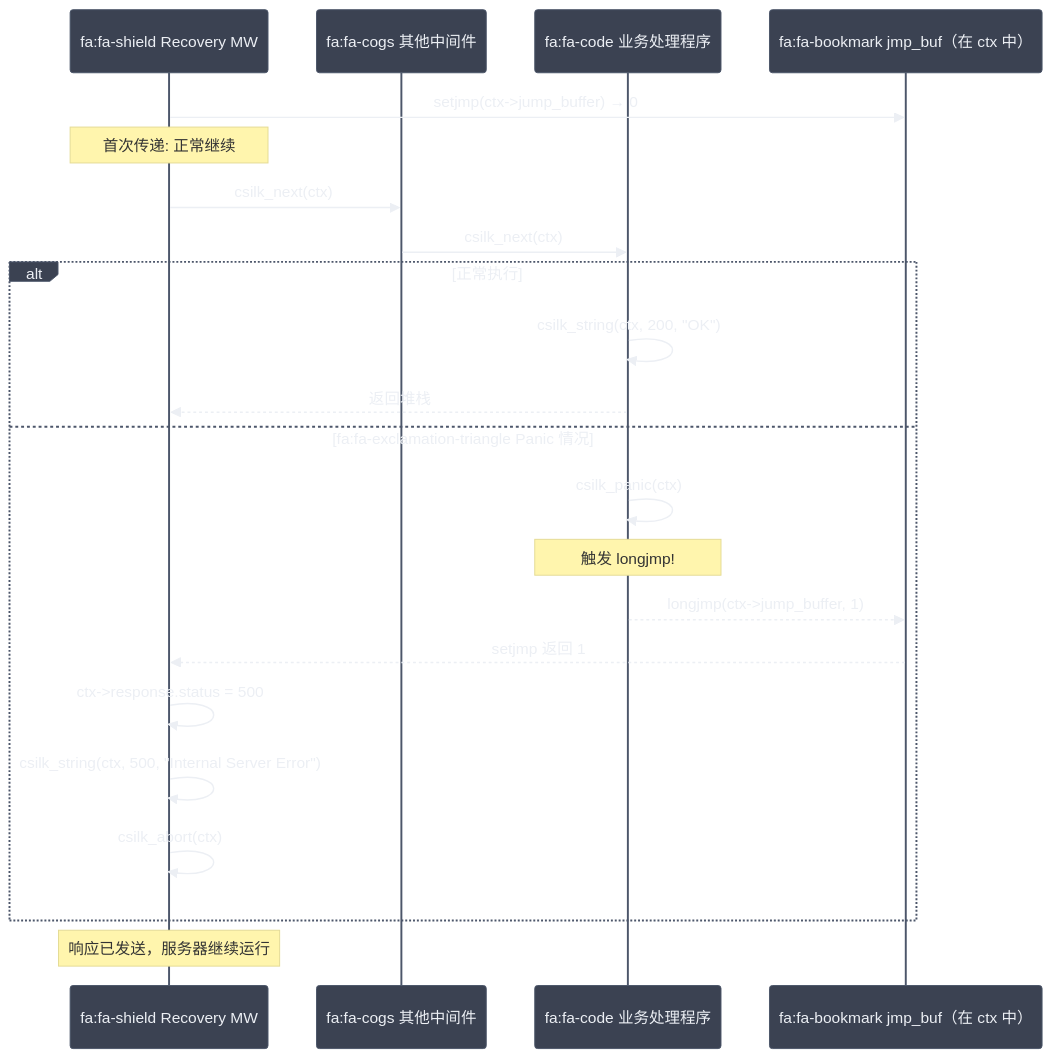
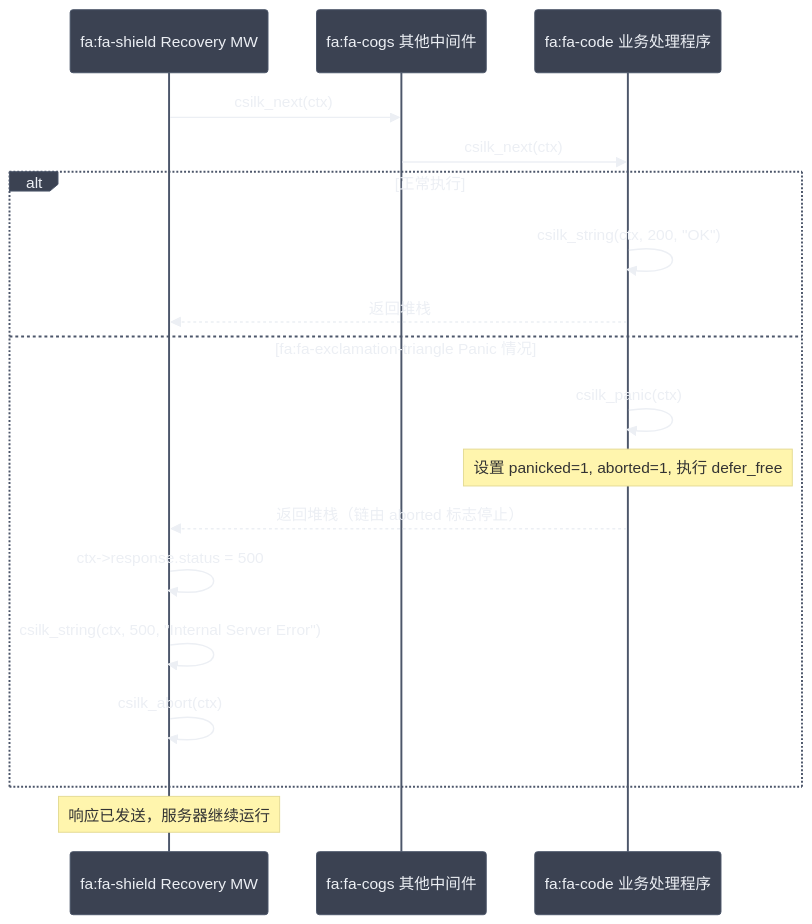
Before and after one commit to quintin-lee/csilk: the sixth of 12 diagrams in docs/zh-CN/architecture.md, drawn with Mermaid. The commit also changed 5 other files, not shown here.

Commit message:
docs: 📝 align ctx/router docs with current code — remove jump_buffer, fix bucket count, update panic model, document match_result API

````diff
--- a/docs/zh-CN/architecture.md
+++ b/docs/zh-CN/architecture.md
@@ -393,48 +393,47 @@
 ```mermaid
 %%{init: {
   'theme': 'base',
   'themeVariables': {
     'background': '#2E3440',
     'primaryColor': '#81A1C1',
     'primaryBorderColor': '#4C566A',
     'primaryTextColor': '#ECEFF4',
     'secondaryColor': '#3B4252',
     'secondaryBorderColor': '#434C5E',
     'secondaryTextColor': '#D8DEE9',
     'lineColor': '#81A1C1',
     'textColor': '#ECEFF4',
     'mainBkg': '#3B4252',
     'nodeBorder': '#4C566A',
     'clusterBkg': '#2E3440',
     'clusterBorder': '#4C566A',
     'titleColor': '#ECEFF4',
     'edgeLabelBackground': '#3B4252',
     'nodeTextColor': '#ECEFF4'
   }
 }}%%
 sequenceDiagram
     participant REC as fa:fa-shield Recovery MW
     participant MW as fa:fa-cogs 其他中间件
     participant H as fa:fa-code 业务处理程序
-    participant JB as fa:fa-bookmark jmp_buf（在 ctx 中）
+    participant REC as fa:fa-shield Recovery MW
+    participant MW as fa:fa-cogs 其他中间件
+    participant H as fa:fa-code 业务处理程序
 
-    REC->>JB: setjmp(ctx->jump_buffer) → 0
-    Note over REC: 首次传递: 正常继续
     REC->>MW: csilk_next(ctx)
     MW->>H: csilk_next(ctx)
 
     alt 正常执行
         H->>H: csilk_string(ctx, 200, "OK")
         H-->>REC: 返回堆栈
     else fa:fa-exclamation-triangle Panic 情况
         H->>H: csilk_panic(ctx)
-        Note over H: 触发 longjmp!
-        H-->>JB: longjmp(ctx->jump_buffer, 1)
-        JB-->>REC: setjmp 返回 1
+        Note over H: 设置 panicked=1, aborted=1, 执行 defer_free
+        H-->>REC: 返回堆栈（链由 aborted 标志停止）
         REC->>REC: ctx->response.status = 500
         REC->>REC: csilk_string(ctx, 500, "Internal Server Error")
         REC->>REC: csilk_abort(ctx)
     end
 
     Note over REC: 响应已发送，服务器继续运行
 ```
````
